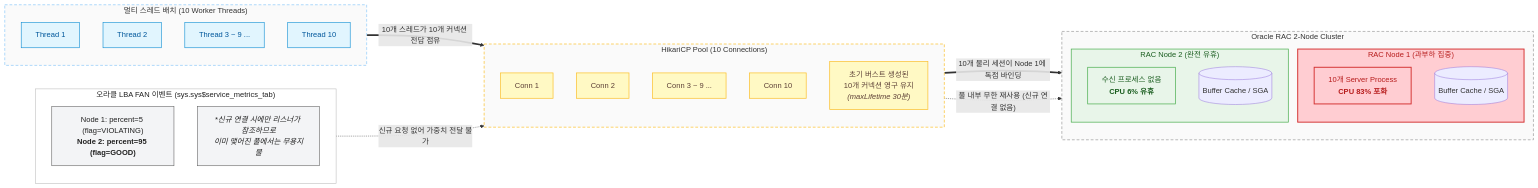
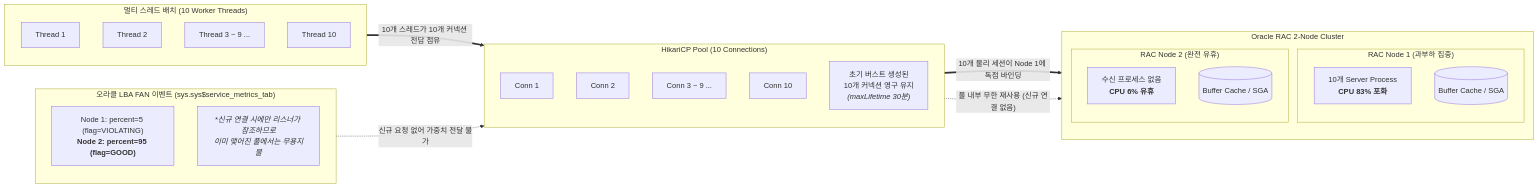
One commit to djpibo/djpibo.github.io changed the first of 3 diagrams in docs/dbms/oracle/oracle-rac-hikaricp-affinity-and-maxlifetime.md. Above: the diagram before and after it, drawn with Mermaid. The commit also changed other lines of this file and 8 other files, not shown here.

Commit message:
style(mermaid): unify all diagrams to monochrome and remove colored rect boxes

````diff
--- a/docs/dbms/oracle/oracle-rac-hikaricp-affinity-and-maxlifetime.md
+++ b/docs/dbms/oracle/oracle-rac-hikaricp-affinity-and-maxlifetime.md
@@ -41,59 +41,48 @@
 ```mermaid
 flowchart LR
     subgraph MultiBatch["멀티 스레드 배치 (10 Worker Threads)"]
         direction TB
         T1["Thread 1"]
         T2["Thread 2"]
         TDots["Thread 3 ~ 9 ..."]
         T10["Thread 10"]
     end
 
     subgraph HikariPool["HikariCP Pool (10 Connections)"]
         direction TB
         C1["Conn 1"]
         C2["Conn 2"]
         CDots["Conn 3 ~ 9 ..."]
         C10["Conn 10"]
         PoolNote["초기 버스트 생성된<br/>10개 커넥션 영구 유지<br/><i>(maxLifetime 30분)</i>"]
     end
 
     subgraph RACCluster["Oracle RAC 2-Node Cluster"]
         direction TB
         subgraph Node1["RAC Node 1 (과부하 집중)"]
             P1["10개 Server Process<br/><b>CPU 83% 포화</b>"]
             SGA1[("Buffer Cache / SGA")]
         end
         subgraph Node2["RAC Node 2 (완전 유휴)"]
             P2["수신 프로세스 없음<br/><b>CPU 6% 유휴</b>"]
             SGA2[("Buffer Cache / SGA")]
         end
     end
 
     subgraph Advisory["오라클 LBA FAN 이벤트 (sys.sys$service_metrics_tab)"]
         direction TB
         LBA["Node 1: percent=5 (flag=VIOLATING)<br/><b>Node 2: percent=95 (flag=GOOD)</b>"]
         LBANote["<i>*신규 연결 시에만 리스너가 참조하므로<br/>이미 맺어진 풀에서는 무용지물</i>"]
     end
 
     MultiBatch ==>|"10개 스레드가 10개 커넥션 전담 점유"| HikariPool
     HikariPool ==>|"10개 물리 세션이 Node 1에 독점 바인딩"| P1
     HikariPool -. "풀 내부 무한 재사용 (신규 연결 없음)" .-> P2
     Advisory -. "신규 요청 없어 가중치 전달 불가" .-> HikariPool
 
-    classDef thread fill:#E1F5FE,stroke:#0288D1,stroke-width:1.2px,color:#01579B;
-    classDef pool fill:#FFF9C4,stroke:#FBC02D,stroke-width:1.5px,color:#5D4037;
-    classDef node1 fill:#FFCDD2,stroke:#D32F2F,stroke-width:2px,color:#B71C1C;
-    classDef node2 fill:#E8F5E9,stroke:#4CAF50,stroke-width:1.5px,color:#1B5E20;
-    classDef lba fill:#F3F4F6,stroke:#616161,stroke-width:1.2px,color:#212121;
-
     class T1,T2,TDots,T10 thread;
     class C1,C2,CDots,C10,PoolNote pool;
     class Node1,P1 node1;
     class Node2,P2 node2;
     class Advisory,LBA,LBANote lba;
-
-    style MultiBatch fill:#FAFAFA,stroke:#90CAF9,stroke-width:1.5px,stroke-dasharray: 6 4
-    style HikariPool fill:#FAFAFA,stroke:#FBC02D,stroke-width:1.5px,stroke-dasharray: 6 4
-    style RACCluster fill:#FAFAFA,stroke:#9E9E9E,stroke-width:1.5px,stroke-dasharray: 6 4
-    style Advisory fill:#FFFFFF,stroke:#BDBDBD,stroke-width:1.2px
 ```
````
